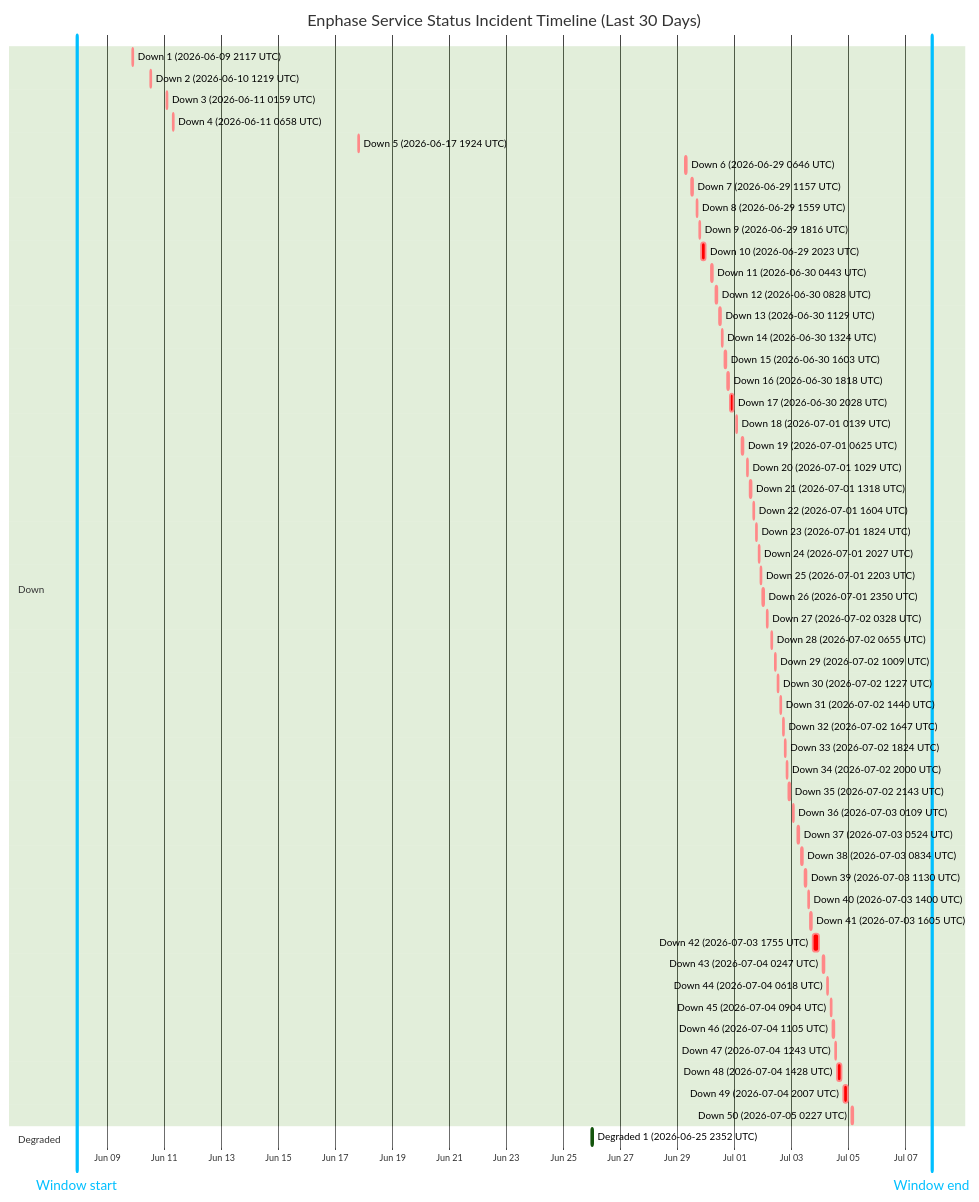
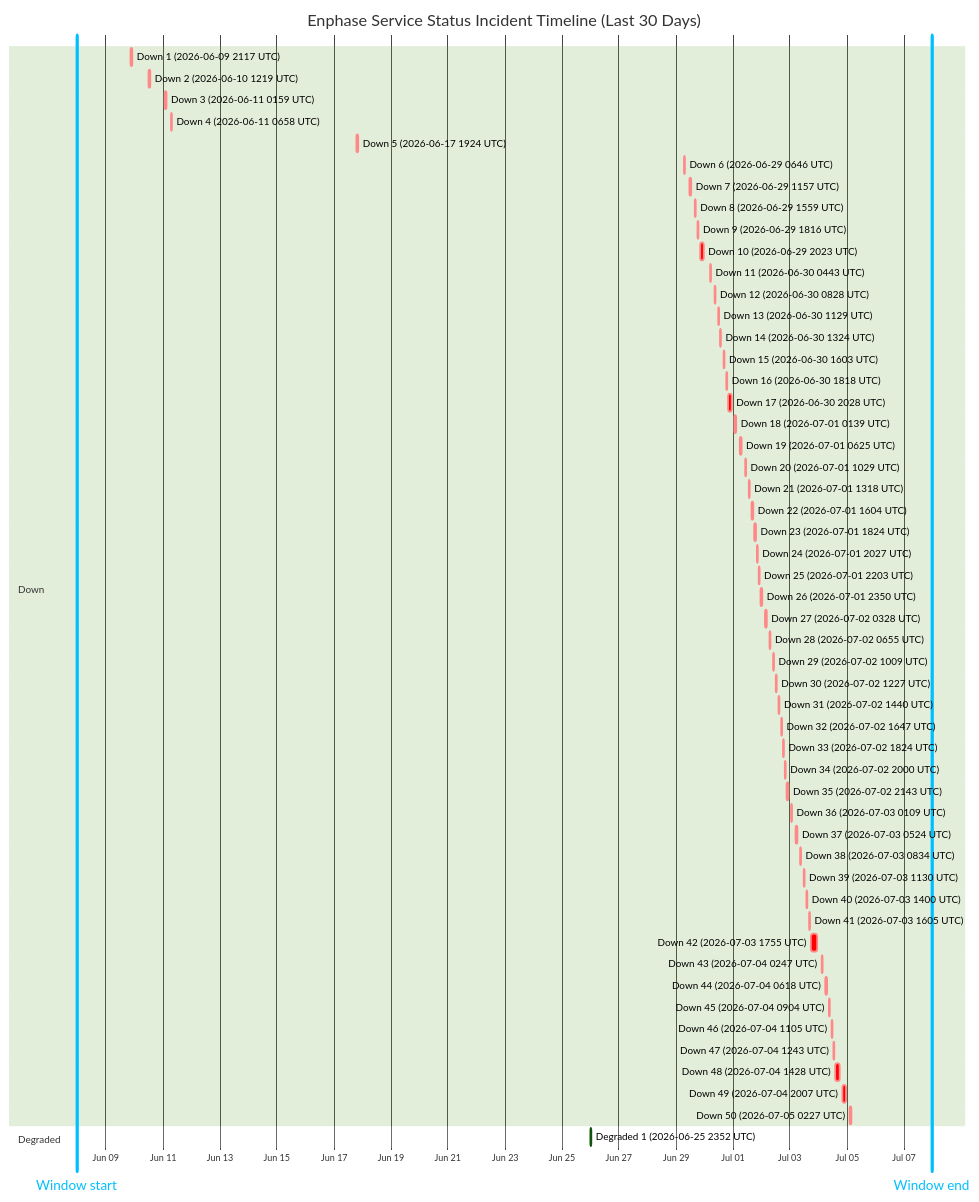
One commit to barneyonline/ha-enphase-energy changed the diagram in wiki/Service-Status-History.md. Above: the diagram before and after it, drawn with Mermaid (forest theme). The commit also changed other lines of this file and 3 other files, not shown here.

````diff
--- a/wiki/Service-Status-History.md
+++ b/wiki/Service-Status-History.md
@@ -14,61 +14,61 @@
 ```mermaid
 gantt
     title Enphase Service Status Incident Timeline (Last 30 Days)
     dateFormat  YYYY-MM-DDTHH:mm:ss
     axisFormat  %b %d
-    Window start :vert, window-start, 2026-06-07T22:10:06, 0ms
-    Window end :vert, window-end, 2026-07-07T22:10:06, 0ms
+    Window start :vert, window-start, 2026-06-07T23:29:07, 0ms
+    Window end :vert, window-end, 2026-07-07T23:29:07, 0ms
     section Down
     Down 1 (2026-06-09 2117 UTC) :crit, down-1, 2026-06-09T21:17:17, 60m
     Down 2 (2026-06-10 1219 UTC) :crit, down-2, 2026-06-10T12:19:21, 60m
     Down 3 (2026-06-11 0159 UTC) :crit, down-3, 2026-06-11T01:59:36, 60m
     Down 4 (2026-06-11 0658 UTC) :crit, down-4, 2026-06-11T06:58:45, 60m
     Down 5 (2026-06-17 1924 UTC) :crit, down-5, 2026-06-17T19:24:51, 60m
     Down 6 (2026-06-29 0646 UTC) :crit, down-6, 2026-06-29T06:46:18, 60m
     Down 7 (2026-06-29 1157 UTC) :crit, down-7, 2026-06-29T11:57:36, 60m
     Down 8 (2026-06-29 1559 UTC) :crit, down-8, 2026-06-29T15:59:02, 60m
     Down 9 (2026-06-29 1816 UTC) :crit, down-9, 2026-06-29T18:16:38, 60m
     Down 10 (2026-06-29 2023 UTC) :crit, down-10, 2026-06-29T20:23:16, 220m
     Down 11 (2026-06-30 0443 UTC) :crit, down-11, 2026-06-30T04:43:54, 60m
     Down 12 (2026-06-30 0828 UTC) :crit, down-12, 2026-06-30T08:28:43, 60m
     Down 13 (2026-06-30 1129 UTC) :crit, down-13, 2026-06-30T11:29:15, 60m
     Down 14 (2026-06-30 1324 UTC) :crit, down-14, 2026-06-30T13:24:25, 60m
     Down 15 (2026-06-30 1603 UTC) :crit, down-15, 2026-06-30T16:03:26, 60m
     Down 16 (2026-06-30 1818 UTC) :crit, down-16, 2026-06-30T18:18:39, 60m
     Down 17 (2026-06-30 2028 UTC) :crit, down-17, 2026-06-30T20:28:54, 171m
     Down 18 (2026-07-01 0139 UTC) :crit, down-18, 2026-07-01T01:39:18, 60m
     Down 19 (2026-07-01 0625 UTC) :crit, down-19, 2026-07-01T06:25:35, 60m
     Down 20 (2026-07-01 1029 UTC) :crit, down-20, 2026-07-01T10:29:24, 60m
     Down 21 (2026-07-01 1318 UTC) :crit, down-21, 2026-07-01T13:18:31, 60m
     Down 22 (2026-07-01 1604 UTC) :crit, down-22, 2026-07-01T16:04:29, 60m
     Down 23 (2026-07-01 1824 UTC) :crit, down-23, 2026-07-01T18:24:21, 60m
     Down 24 (2026-07-01 2027 UTC) :crit, down-24, 2026-07-01T20:27:17, 60m
     Down 25 (2026-07-01 2203 UTC) :crit, down-25, 2026-07-01T22:03:46, 60m
     Down 26 (2026-07-01 2350 UTC) :crit, down-26, 2026-07-01T23:50:52, 60m
     Down 27 (2026-07-02 0328 UTC) :crit, down-27, 2026-07-02T03:28:33, 60m
     Down 28 (2026-07-02 0655 UTC) :crit, down-28, 2026-07-02T06:55:07, 60m
     Down 29 (2026-07-02 1009 UTC) :crit, down-29, 2026-07-02T10:09:15, 60m
     Down 30 (2026-07-02 1227 UTC) :crit, down-30, 2026-07-02T12:27:49, 60m
     Down 31 (2026-07-02 1440 UTC) :crit, down-31, 2026-07-02T14:40:53, 60m
     Down 32 (2026-07-02 1647 UTC) :crit, down-32, 2026-07-02T16:47:47, 60m
     Down 33 (2026-07-02 1824 UTC) :crit, down-33, 2026-07-02T18:24:26, 60m
     Down 34 (2026-07-02 2000 UTC) :crit, down-34, 2026-07-02T20:00:57, 60m
     Down 35 (2026-07-02 2143 UTC) :crit, down-35, 2026-07-02T21:43:52, 80m
     Down 36 (2026-07-03 0109 UTC) :crit, down-36, 2026-07-03T01:09:19, 60m
     Down 37 (2026-07-03 0524 UTC) :crit, down-37, 2026-07-03T05:24:23, 60m
     Down 38 (2026-07-03 0834 UTC) :crit, down-38, 2026-07-03T08:34:05, 60m
     Down 39 (2026-07-03 1130 UTC) :crit, down-39, 2026-07-03T11:30:41, 60m
     Down 40 (2026-07-03 1400 UTC) :crit, down-40, 2026-07-03T14:00:48, 60m
     Down 41 (2026-07-03 1605 UTC) :crit, down-41, 2026-07-03T16:05:49, 60m
     Down 42 (2026-07-03 1755 UTC) :crit, down-42, 2026-07-03T17:55:54, 338m
     Down 43 (2026-07-04 0247 UTC) :crit, down-43, 2026-07-04T02:47:22, 60m
     Down 44 (2026-07-04 0618 UTC) :crit, down-44, 2026-07-04T06:18:09, 60m
     Down 45 (2026-07-04 0904 UTC) :crit, down-45, 2026-07-04T09:04:41, 60m
     Down 46 (2026-07-04 1105 UTC) :crit, down-46, 2026-07-04T11:05:21, 60m
     Down 47 (2026-07-04 1243 UTC) :crit, down-47, 2026-07-04T12:43:25, 60m
     Down 48 (2026-07-04 1428 UTC) :crit, down-48, 2026-07-04T14:28:07, 243m
     Down 49 (2026-07-04 2007 UTC) :crit, down-49, 2026-07-04T20:07:50, 206m
     Down 50 (2026-07-05 0227 UTC) :crit, down-50, 2026-07-05T02:27:32, 109m
     section Degraded
     Degraded 1 (2026-06-25 2352 UTC) :active, degraded-1, 2026-06-25T23:52:01, 60m
 ```
````
